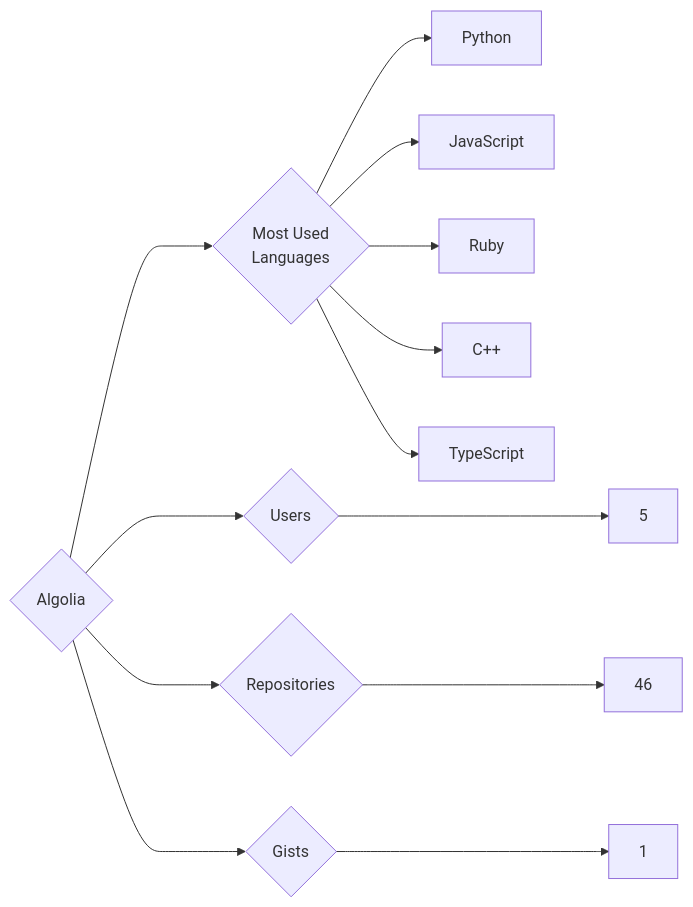
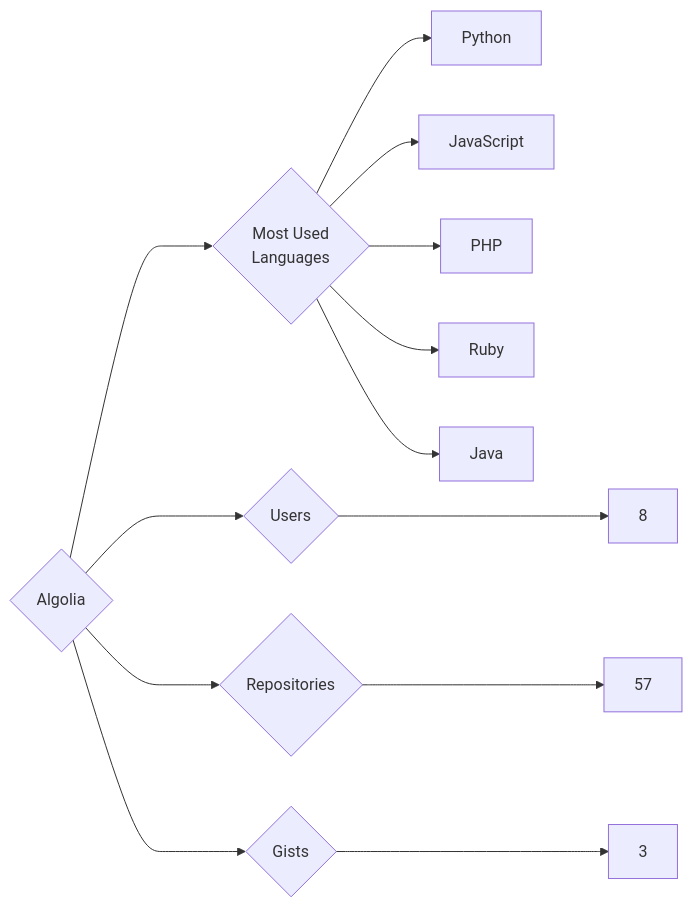
The diagram in targets/Algolia/README.md (trickest/insiders), drawn with Mermaid before and after one commit. The commit also changed 1175 other files, not shown here.

````diff
--- a/targets/Algolia/README.md
+++ b/targets/Algolia/README.md
@@ -3,13 +3,13 @@
 ```mermaid
 graph LR
 COMPANY_NAME{Algolia}
-COMPANY_NAME ---> U{Users} ---> UN[5]
-COMPANY_NAME ---> R{Repositories} ---> RN[46]
-COMPANY_NAME ---> G{Gists} ---> GN[1]
+COMPANY_NAME ---> U{Users} ---> UN[8]
+COMPANY_NAME ---> R{Repositories} ---> RN[57]
+COMPANY_NAME ---> G{Gists} ---> GN[3]
 COMPANY_NAME ---> ML{Most Used<br>Languages}
 ML --> Python[Python]
 ML --> JavaScript[JavaScript]
+ML --> PHP[PHP]
 ML --> Ruby[Ruby]
-ML --> C++[C++]
-ML --> TypeScript[TypeScript]
+ML --> Java[Java]
 ```
````
